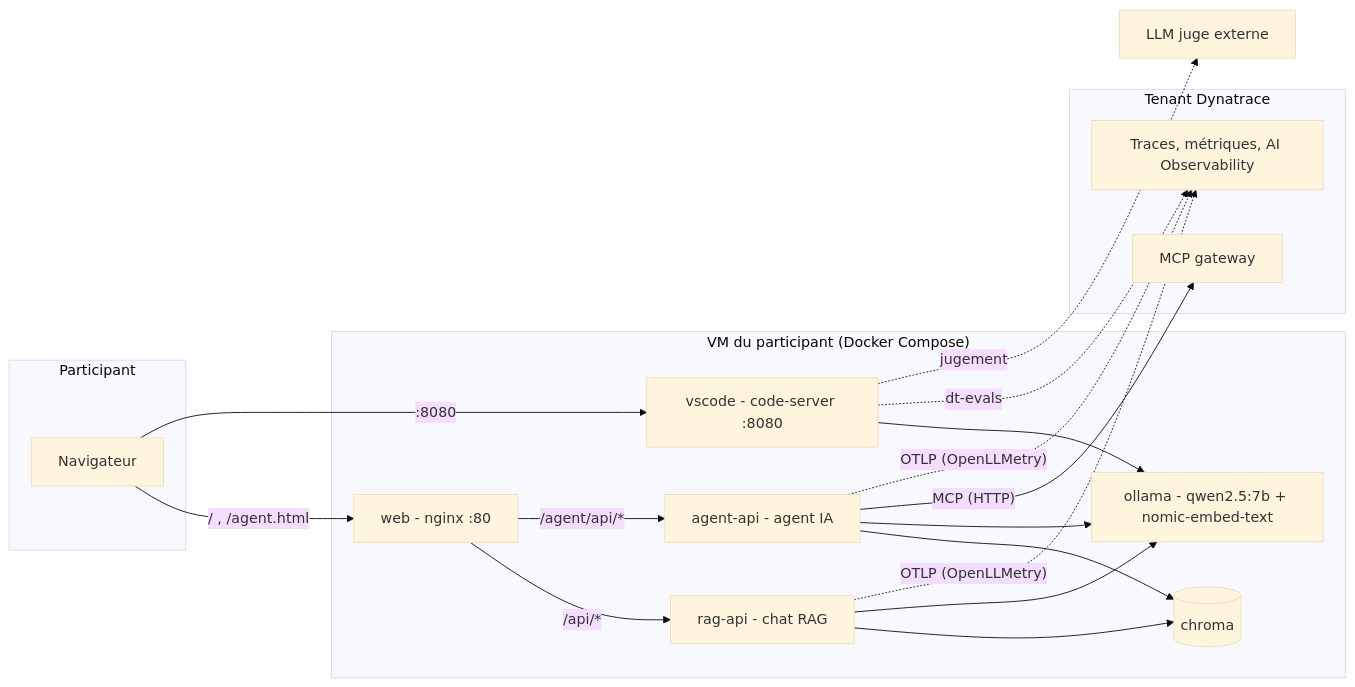
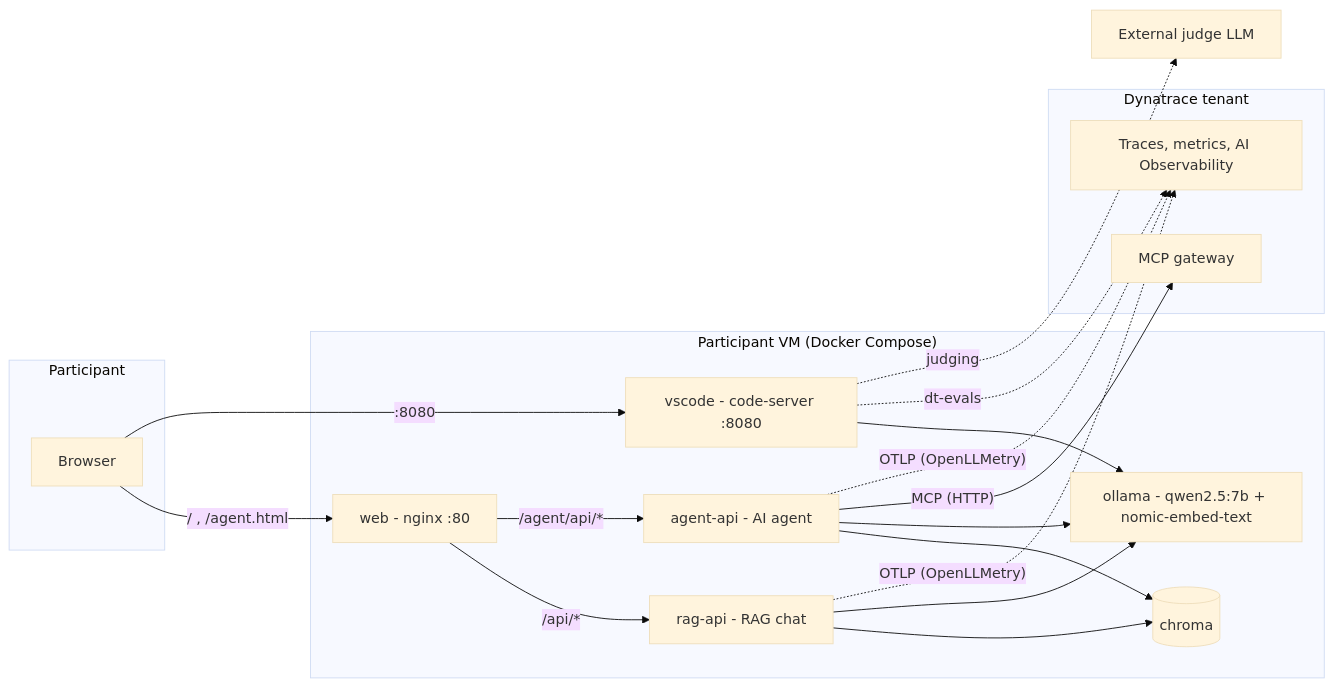
The first of 2 diagrams in ARCHITECTURE.md (antoinebuffotot/lab-environment-for-ai-training), drawn with Mermaid (base theme) before and after one commit. The commit also changed other lines of this file and 21 other files, not shown here.

````diff
--- a/ARCHITECTURE.md
+++ b/ARCHITECTURE.md
@@ -12,33 +14,33 @@
 ```mermaid
 flowchart LR
   subgraph Participant
-    B[Navigateur]
+    B[Browser]
   end
-  subgraph VM["VM du participant (Docker Compose)"]
+  subgraph VM["Participant VM (Docker Compose)"]
     W[web - nginx :80]
-    R[rag-api - chat RAG]
-    A[agent-api - agent IA]
+    R[rag-api - RAG chat]
+    A[agent-api - AI agent]
     C[(chroma)]
     O[ollama - qwen2.5:7b + nomic-embed-text]
     V[vscode - code-server :8080]
   end
-  subgraph Dynatrace["Tenant Dynatrace"]
-    D[Traces, métriques, AI Observability]
+  subgraph Dynatrace["Dynatrace tenant"]
+    D[Traces, metrics, AI Observability]
     G[MCP gateway]
   end
-  J[LLM juge externe]
+  J[External judge LLM]
   B -->|"/ , /agent.html"| W
   B -->|":8080"| V
   W -->|"/api/*"| R
   W -->|"/agent/api/*"| A
   R --> C
   R --> O
   A --> C
   A --> O
   A -->|"MCP (HTTP)"| G
   R -.->|"OTLP (OpenLLMetry)"| D
   A -.->|"OTLP (OpenLLMetry)"| D
   V --> O
   V -.->|"dt-evals"| D
-  V -.->|"jugement"| J
+  V -.->|"judging"| J
 ```
````
